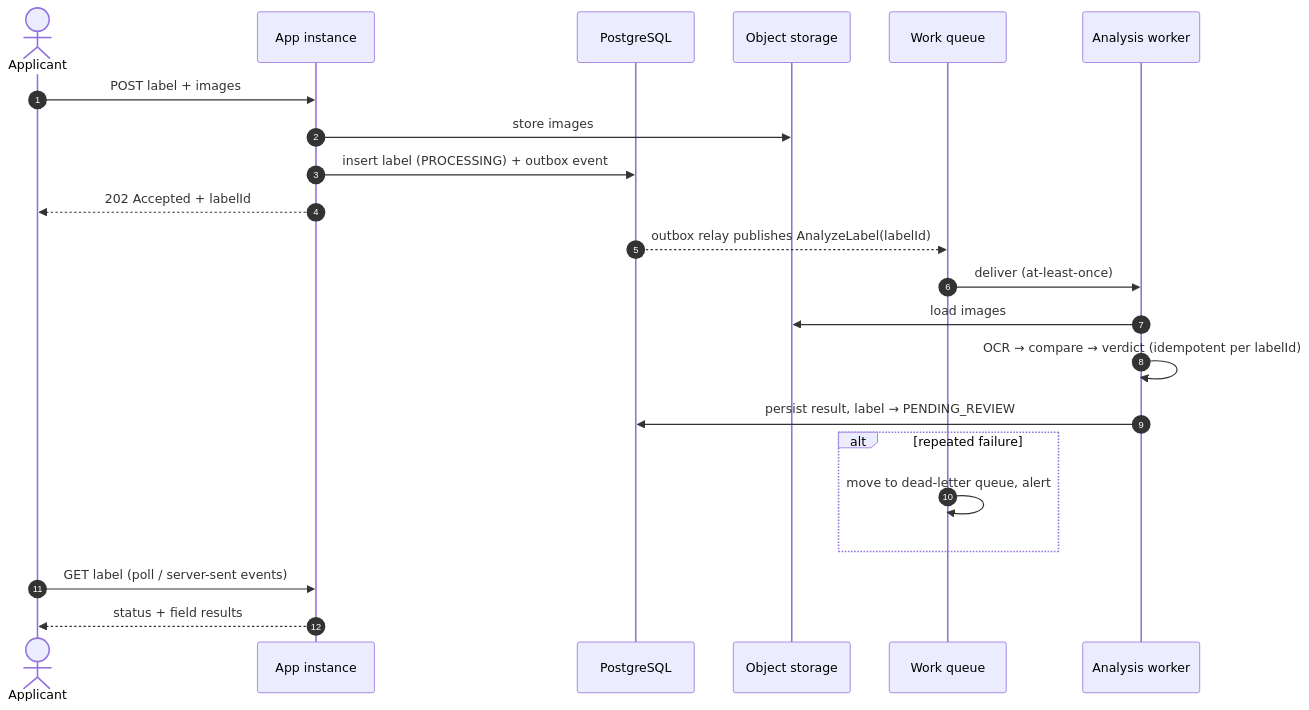
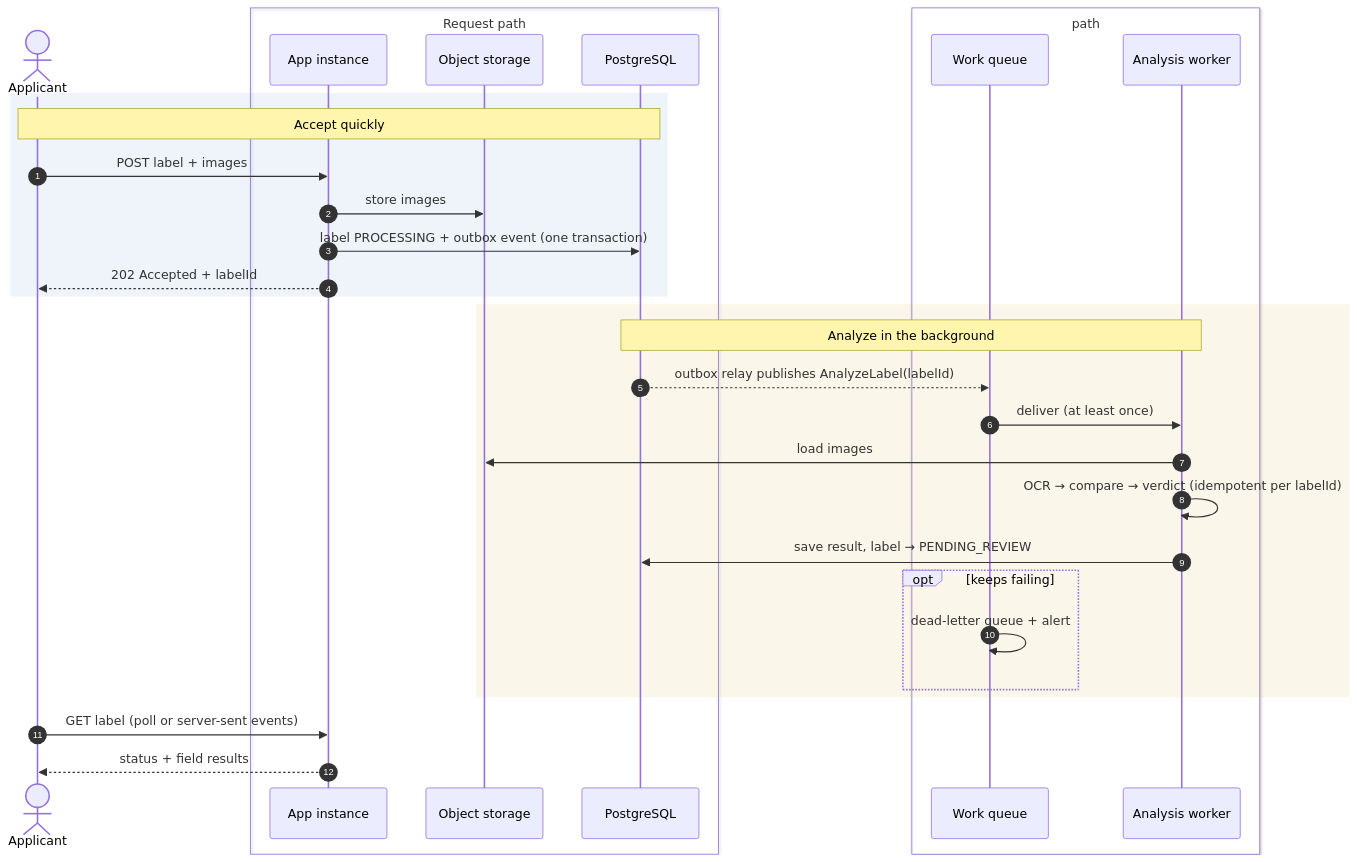
The diagram in docs/diagrams/14-scaling-target.mmd (SarvariVin/ttb-label-verification), drawn with Mermaid before and after one commit. The commit also changed 251 other files, not shown here.

```diff
--- a/docs/diagrams/14-scaling-target.mmd
+++ b/docs/diagrams/14-scaling-target.mmd
@@ -1,23 +1,36 @@
-%% Infrastructure — target asynchronous analysis flow for high volume
+%% Infrastructure — target asynchronous analysis for high volume
 sequenceDiagram
     autonumber
     actor A as Applicant
-    participant API as App instance
-    participant DB as PostgreSQL
-    participant OS as Object storage
-    participant Q as Work queue
-    participant W as Analysis worker
+    box Request path
+        participant API as App instance
+        participant OS as Object storage
+        participant DB as PostgreSQL
+    end
+    box Background path
+        participant Q as Work queue
+        participant W as Analysis worker
+    end
+
+    rect rgba(47, 111, 179, 0.08)
+    Note over A,DB: Accept quickly
     A->>API: POST label + images
     API->>OS: store images
-    API->>DB: insert label (PROCESSING) + outbox event
+    API->>DB: label PROCESSING + outbox event (one transaction)
     API-->>A: 202 Accepted + labelId
+    end
+
+    rect rgba(201, 162, 39, 0.10)
+    Note over DB,W: Analyze in the background
     DB-->>Q: outbox relay publishes AnalyzeLabel(labelId)
-    Q->>W: deliver (at-least-once)
+    Q->>W: deliver (at least once)
     W->>OS: load images
     W->>W: OCR → compare → verdict (idempotent per labelId)
-    W->>DB: persist result, label → PENDING_REVIEW
-    alt repeated failure
-        Q->>Q: move to dead-letter queue, alert
+    W->>DB: save result, label → PENDING_REVIEW
+    opt keeps failing
+        Q->>Q: dead-letter queue + alert
     end
-    A->>API: GET label (poll / server-sent events)
+    end
+
+    A->>API: GET label (poll or server-sent events)
     API-->>A: status + field results
```
